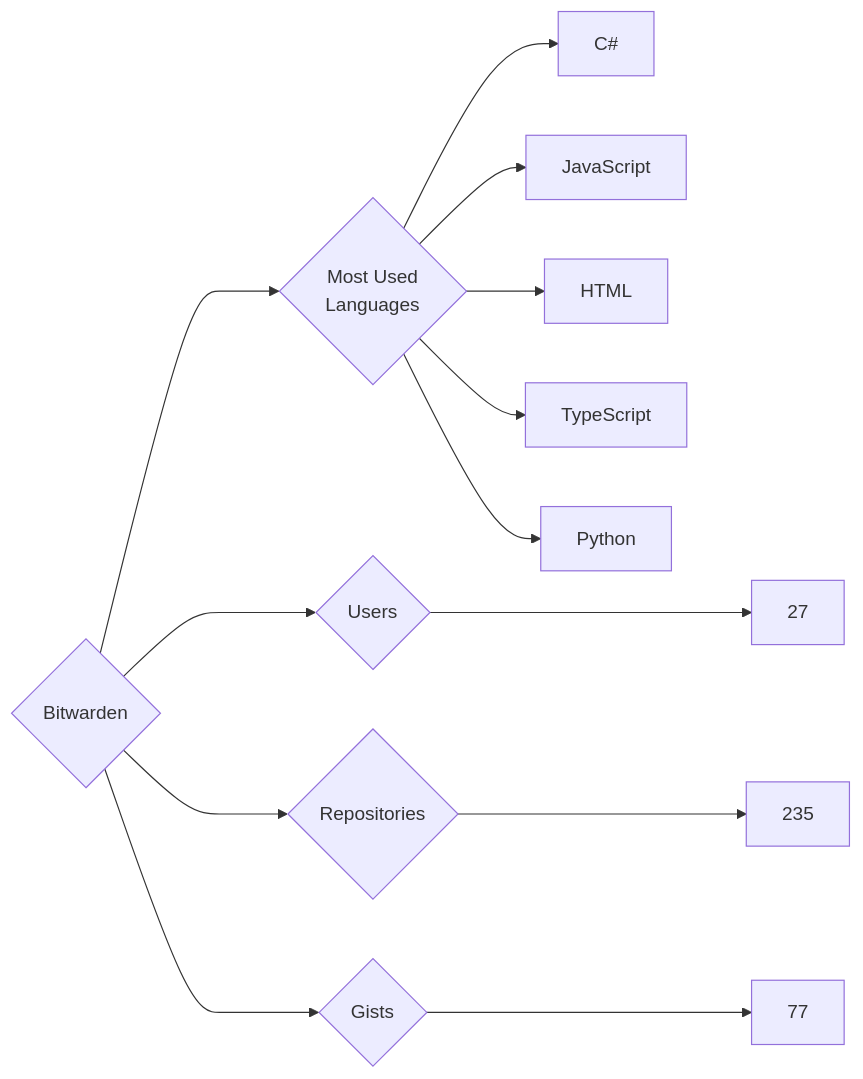
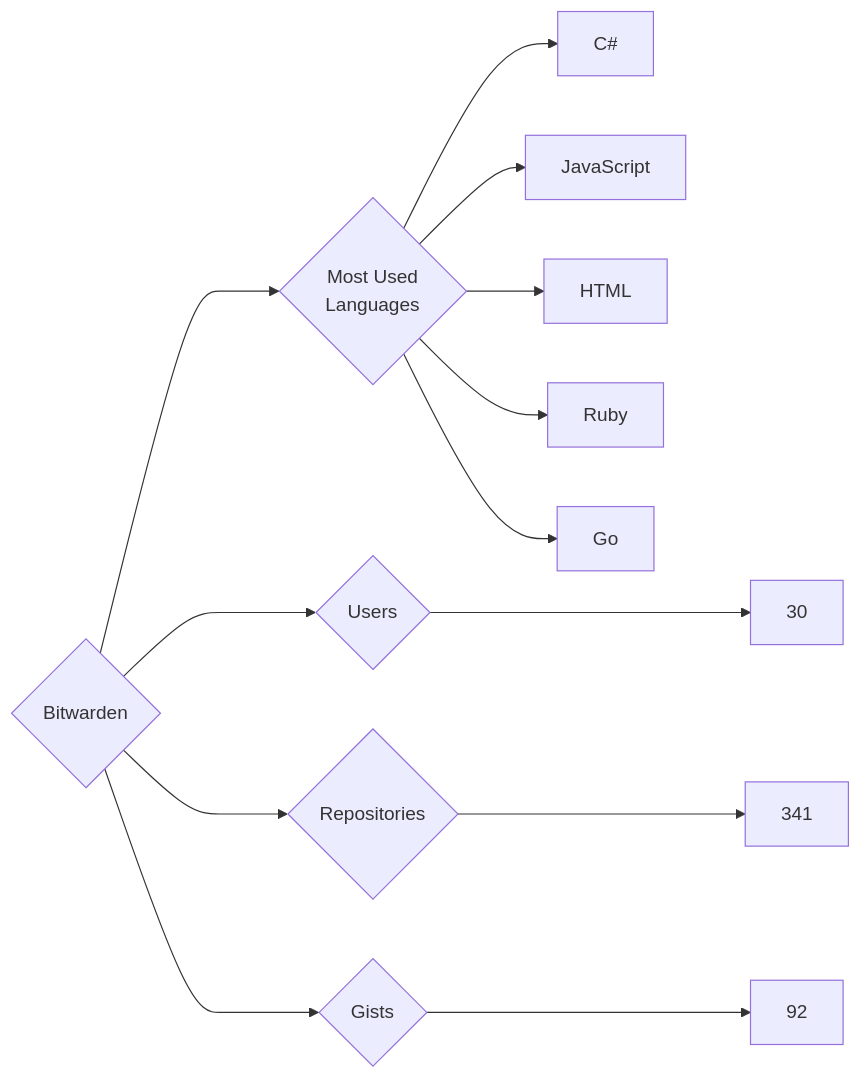
One commit to trickest/insiders changed the diagram in targets/Bitwarden/README.md. Above: the diagram before and after it, drawn with Mermaid. The commit also changed 823 other files, not shown here.

````diff
--- a/targets/Bitwarden/README.md
+++ b/targets/Bitwarden/README.md
@@ -3,13 +3,13 @@
 ```mermaid
 graph LR
 COMPANY_NAME{Bitwarden}
-COMPANY_NAME ---> U{Users} ---> UN[27]
-COMPANY_NAME ---> R{Repositories} ---> RN[235]
-COMPANY_NAME ---> G{Gists} ---> GN[77]
+COMPANY_NAME ---> U{Users} ---> UN[30]
+COMPANY_NAME ---> R{Repositories} ---> RN[341]
+COMPANY_NAME ---> G{Gists} ---> GN[92]
 COMPANY_NAME ---> ML{Most Used<br>Languages}
 ML --> C#[C#]
 ML --> JavaScript[JavaScript]
 ML --> HTML[HTML]
-ML --> TypeScript[TypeScript]
-ML --> Python[Python]
+ML --> Ruby[Ruby]
+ML --> Go[Go]
 ```
````
